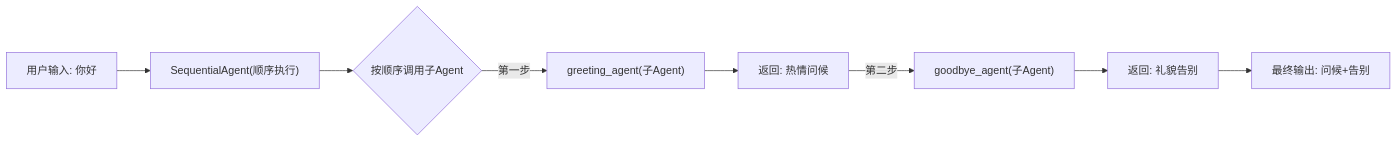
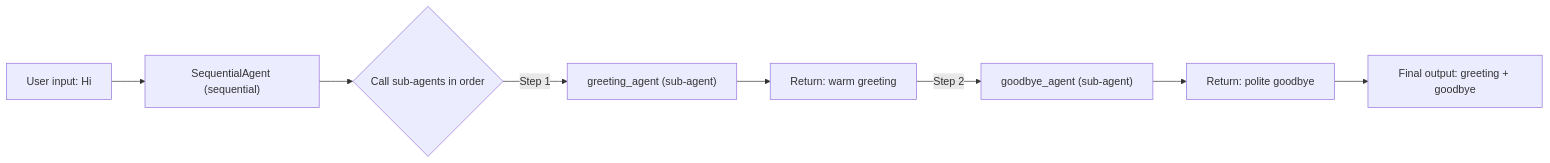
The second of 4 diagrams in docs/content/docs/framework/agent/multi-agent/overview.en.mdx (volcengine/veadk-python), drawn with Mermaid before and after one commit. The commit also changed other lines of this file and 117 other files, not shown here.

````diff
--- a/docs/content/docs/framework/agent/multi-agent/overview.en.mdx
+++ b/docs/content/docs/framework/agent/multi-agent/overview.en.mdx
@@ -222,10 +99,10 @@
 ```mermaid
 graph LR
-    A["用户输入: 你好"] --> B["SequentialAgent(顺序执行)"]
-    B --> C{"按顺序调用子Agent"}
-    C -->|"第一步"| D["greeting_agent(子Agent)"]
-    D --> E["返回: 热情问候"]
-    E -->|"第二步"| F["goodbye_agent(子Agent)"]
-    F --> G["返回: 礼貌告别"]
-    G --> H["最终输出: 问候+告别"]
+    A["User input: Hi"] --> B["SequentialAgent (sequential)"]
+    B --> C{"Call sub-agents in order"}
+    C -->|"Step 1"| D["greeting_agent (sub-agent)"]
+    D --> E["Return: warm greeting"]
+    E -->|"Step 2"| F["goodbye_agent (sub-agent)"]
+    F --> G["Return: polite goodbye"]
+    G --> H["Final output: greeting + goodbye"]
 ```
````
